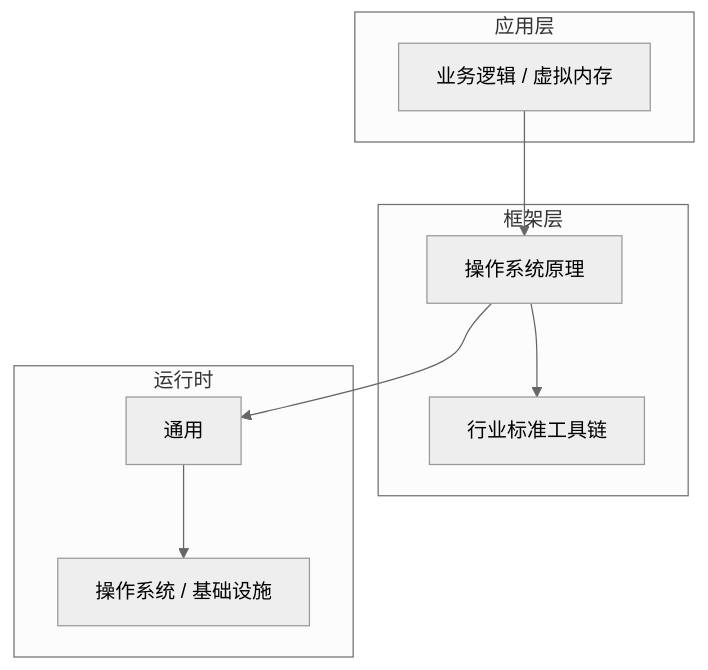
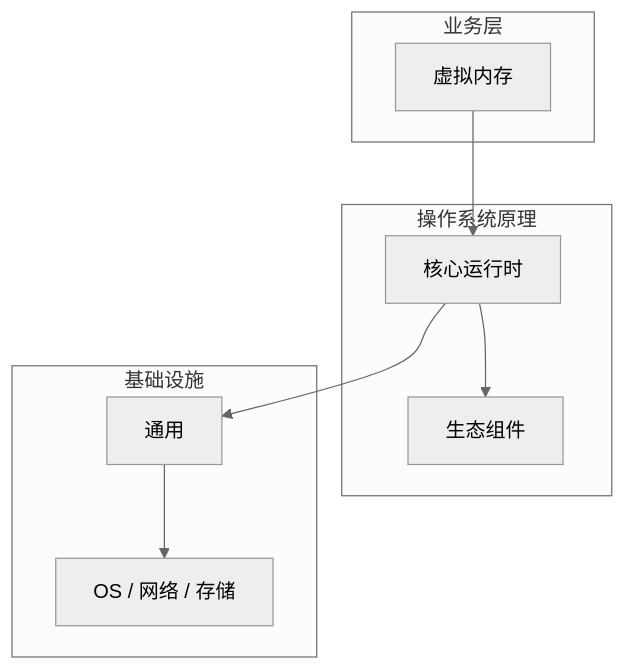
One commit to yanggan2015/knowledge-json-v2 changed the diagram in articles/操作系统原理/chapters/067-虚拟内存核心概念与原理.md. Above: the diagram before and after it, drawn with Mermaid (neutral theme). The commit also changed other lines of this file and 10127 other files, not shown here.

````diff
--- a/articles/操作系统原理/chapters/067-虚拟内存核心概念与原理.md
+++ b/articles/操作系统原理/chapters/067-虚拟内存核心概念与原理.md
@@ -45,18 +34,18 @@
 ```mermaid
 graph TB
-    subgraph 应用层
-        A[业务逻辑 / 虚拟内存]
+    subgraph 业务层
+        A[虚拟内存]
     end
-    subgraph 框架层
-        B[操作系统原理]
-        C[行业标准工具链]
+    subgraph 操作系统原理
+        B[核心运行时]
+        C[生态组件]
     end
-    subgraph 运行时
+    subgraph 基础设施
         D[通用]
-        E[操作系统 / 基础设施]
+        E[OS / 网络 / 存储]
     end
     A --> B
     B --> C
     B --> D
     D --> E
 ```
````
